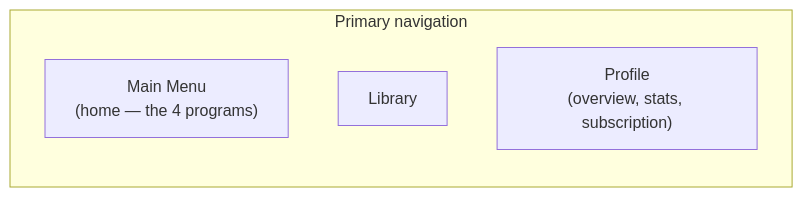
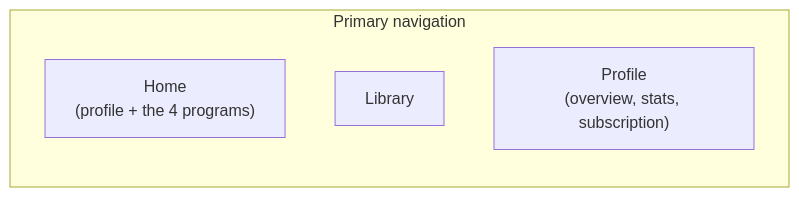
One commit to IndraKar/keyboard-app changed the diagram in docs/03-screen-map.md. Above: the diagram before and after it, drawn with Mermaid. The commit also changed other lines of this file and 6 other files, not shown here.

````diff
--- a/docs/03-screen-map.md
+++ b/docs/03-screen-map.md
@@ -22,8 +22,8 @@
 ```mermaid
 flowchart LR
     subgraph Tabs["Primary navigation"]
-        MainMenu["Main Menu<br/>(home — the 4 programs)"]
+        HomeTab["Home<br/>(profile + the 4 programs)"]
         Library["Library"]
         Profile["Profile<br/>(overview, stats, subscription)"]
     end
 ```
````
